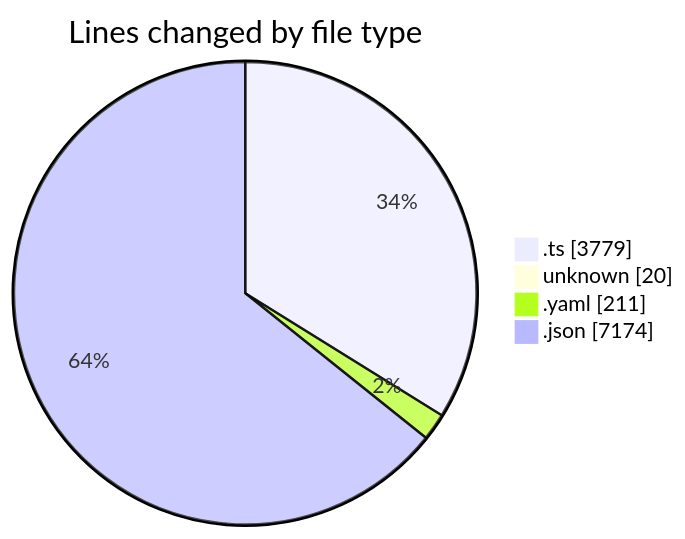
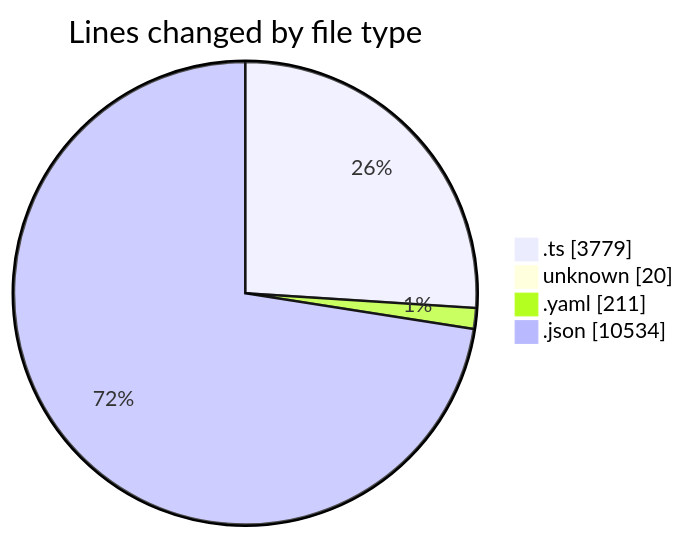
The first of 2 diagrams in 2025-10-01/oura-api/README.md (mevix1/code-tracking), drawn with Mermaid before and after one commit. The commit also changed other lines of this file and 1 other file, not shown here.

````diff
--- a/2025-10-01/oura-api/README.md
+++ b/2025-10-01/oura-api/README.md
@@ -52,8 +53,8 @@
 ```mermaid
 pie showData
 title Lines changed by file type
 ".ts" : 3779
 "unknown" : 20
 ".yaml" : 211
-".json" : 7174
+".json" : 10534
 ```
````
